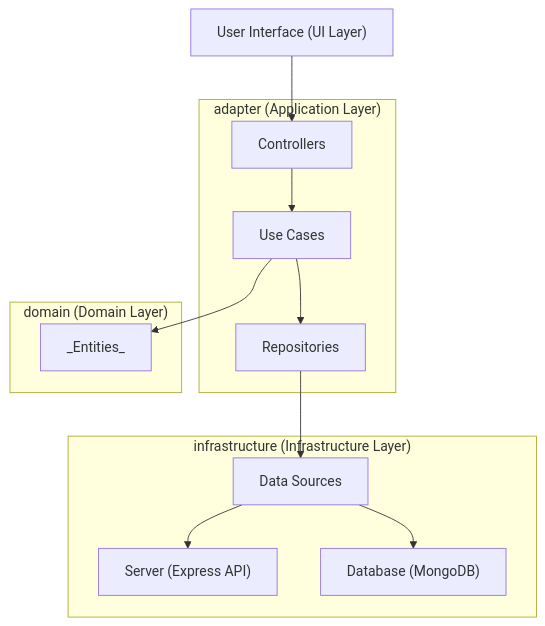
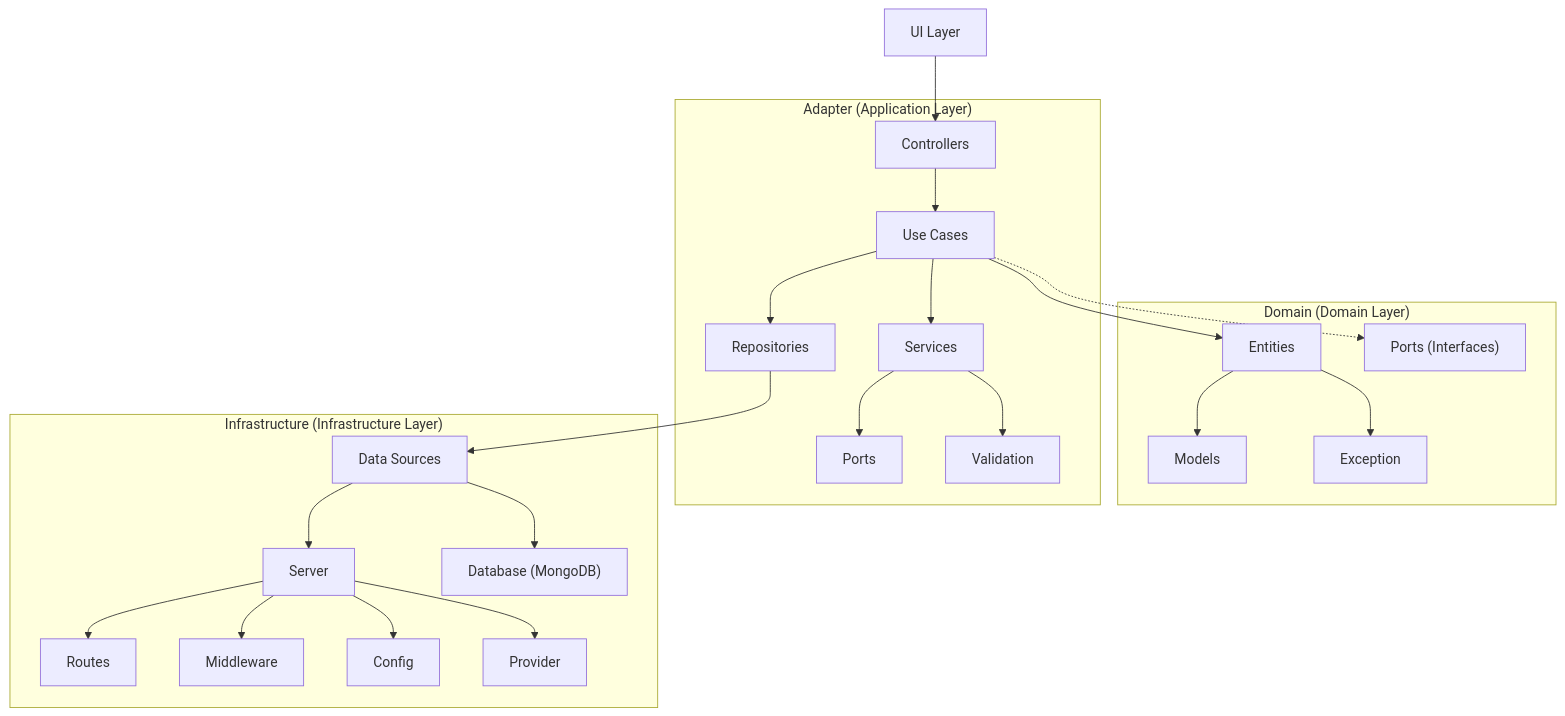
Before and after one commit to manujose94/dailytrends-api: the diagram in Readme.md, drawn with Mermaid. The commit also changed 9 other files, not shown here.

````diff
--- a/Readme.md
+++ b/Readme.md
@@ -49,35 +49,46 @@
 ```mermaid
 graph TD
-    UI["User Interface (UI Layer)"] --> Controllers["Controllers"]
-    Controllers --> UseCases["Use Cases"]
-    UseCases --> Entities["_Entities_"]
-    UseCases --> Repositories["Repositories"]
+    UI["UI Layer"] --> Controllers["Controllers"]
+    UseCases --> Entities["Entities"]
     Repositories --> DataSources["Data Sources"]
-    DataSources --> Server["Server (Express API)"]
-    DataSources --> Database["Database (MongoDB)"]
-
-    UI:::layer
-    Controllers:::layer
-    UseCases:::layer
-    Entities:::layer
-    Repositories:::layer
-    DataSources:::layer
-    Server:::layer
-    Database:::layer
-
-    subgraph adapters["adapter (Application Layer)"]
-        Controllers
-        UseCases
-        Repositories
+    UseCases -.-> Ports  
+    subgraph domain["Domain (Domain Layer)"]
+        Models["Models"]
+        Exception["Exception"]
+        Entities["Entities"]
+        Ports["Ports (Interfaces)"]
+        Entities --> Models
+        Entities --> Exception 
     end
 
-    subgraph domain["domain (Domain Layer)"]
-        Entities
+    subgraph adapters["Adapter (Application Layer)"]
+        Controllers["Controllers"]
+        UseCases["Use Cases"]
+        Repositories["Repositories"]
+        Services["Services"]
+        Port["Ports"]
+        Validation["Validation"]
+        Controllers --> UseCases
+        UseCases --> Repositories
+        UseCases --> Services
+        Services --> Port
+        Services --> Validation
     end
 
-    subgraph infrastructure["infrastructure (Infrastructure Layer)"]
-        DataSources
-        Server
-        Database
+    subgraph infrastructure["Infrastructure (Infrastructure Layer)"]
+        
+        Server["Server"]
+        Routes["Routes"]
+        Middleware["Middleware"]
+        Config["Config"]
+        Provider["Provider"]
+        Database["Database (MongoDB)"]
+        DataSources["Data Sources"]
+        DataSources --> Database
+        DataSources --> Server
+        Server --> Routes
+        Server --> Middleware
+        Server --> Config
+        Server --> Provider
     end
 ```
````
